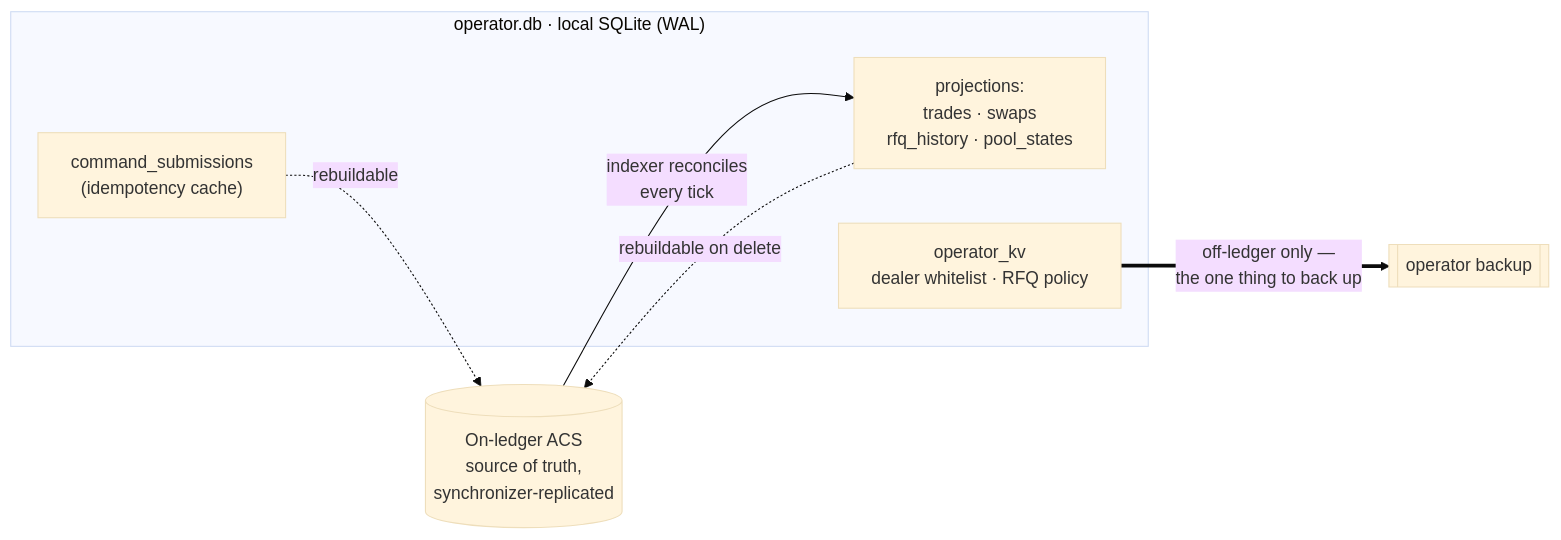
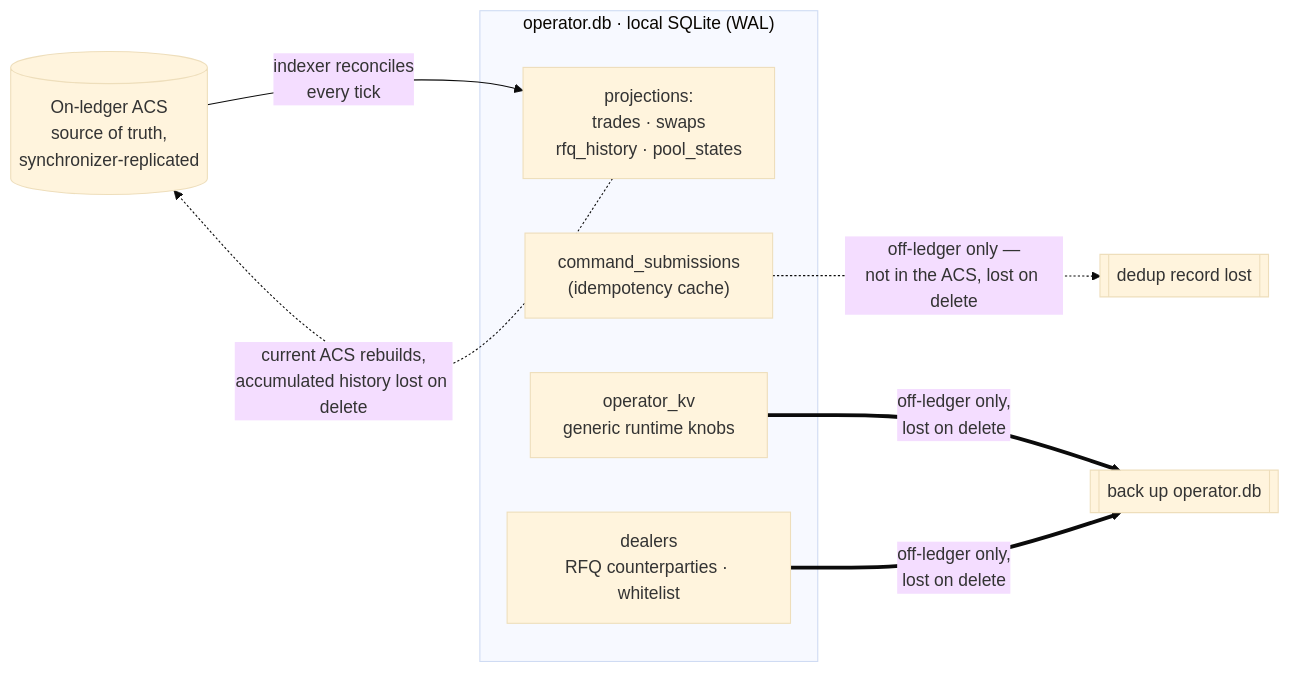
One commit to srikanth-bitdynamics/Canton-Dex-Reference-Implementation changed the diagram in docs/guides/operator-runbook.md. Above: the diagram before and after it, drawn with Mermaid (base theme). The commit also changed other lines of this file and 54 other files, not shown here.

````diff
--- a/docs/guides/operator-runbook.md
+++ b/docs/guides/operator-runbook.md
@@ -258,13 +283,15 @@
 ```mermaid
 flowchart LR
   ACS[("On-ledger ACS<br/>source of truth,<br/>synchronizer-replicated")]
   subgraph db["operator.db · local SQLite (WAL)"]
     PROJ["projections:<br/>trades · swaps<br/>rfq_history · pool_states"]
     IDEM["command_submissions<br/>(idempotency cache)"]
-    KV["operator_kv<br/>dealer whitelist · RFQ policy"]
+    KV["operator_kv<br/>generic runtime knobs"]
+    DEALERS["dealers<br/>RFQ counterparties · whitelist"]
   end
   ACS -->|"indexer reconciles<br/>every tick"| PROJ
-  PROJ -.->|"rebuildable on delete"| ACS
-  IDEM -.->|"rebuildable"| ACS
-  KV ==>|"off-ledger only —<br/>the one thing to back up"| BK[["operator backup"]]
+  PROJ -.->|"current ACS rebuilds,<br/>accumulated history lost on delete"| ACS
+  IDEM -.->|"off-ledger only —<br/>not in the ACS, lost on delete"| LOST[["dedup record lost"]]
+  KV ==>|"off-ledger only,<br/>lost on delete"| BK[["back up operator.db"]]
+  DEALERS ==>|"off-ledger only,<br/>lost on delete"| BK
 ```
````
